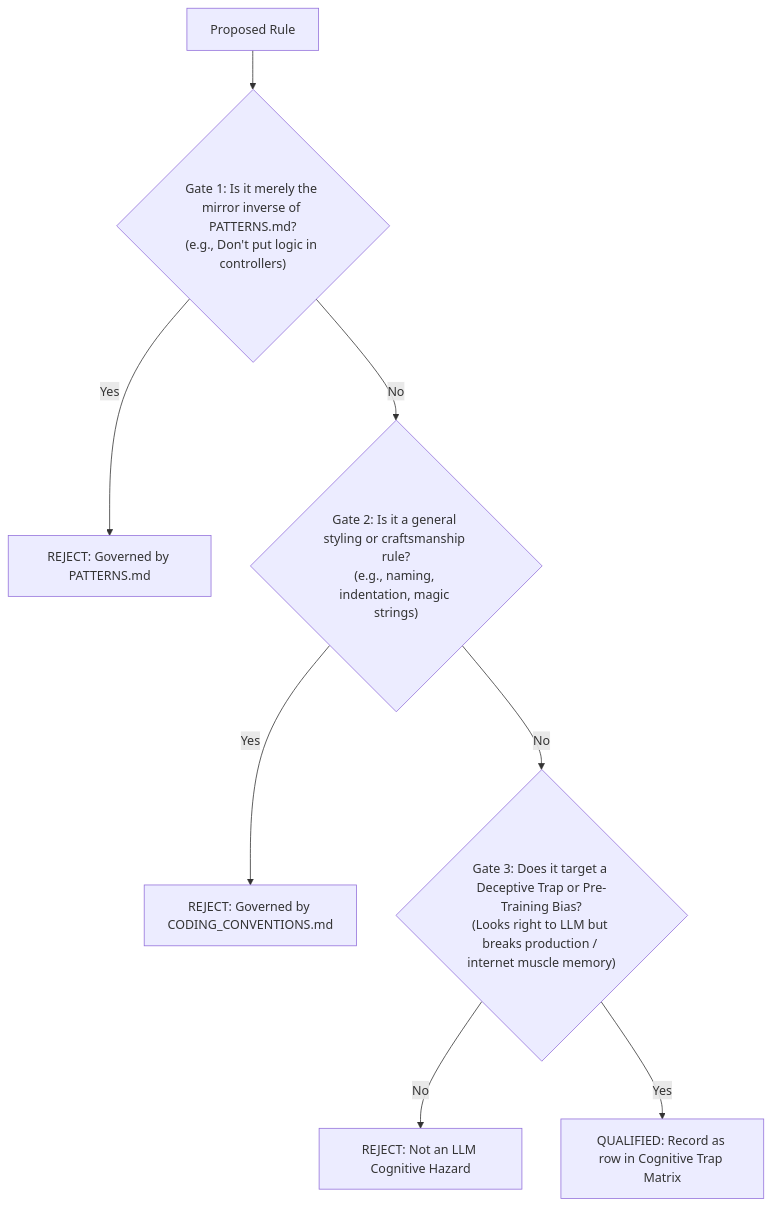
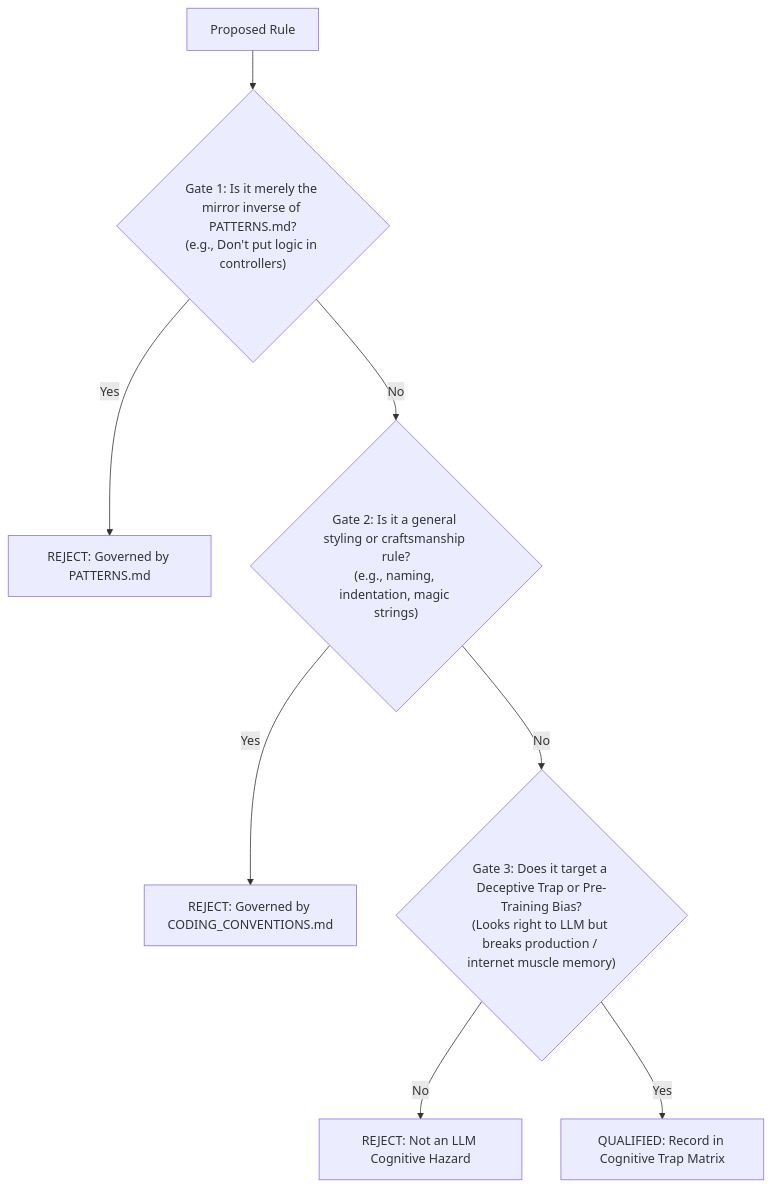
The diagram in docs/AI/ANTI-PATTERNS.md (suang05/doc_template), drawn with Mermaid before and after one commit. The commit also changed other lines of this file, not shown here.

Commit message:
docs: add ANTI-PATTERNS.md document for cognitive firewall and pre-training bias interception

````diff
--- a/docs/AI/ANTI-PATTERNS.md
+++ b/docs/AI/ANTI-PATTERNS.md
@@ -18,10 +18,10 @@
 ```mermaid
 graph TD
     A["Proposed Rule"] --> B{"Gate 1: Is it merely the mirror inverse of PATTERNS.md?<br/>(e.g., Don't put logic in controllers)"}
     B -- "Yes" --> C["REJECT: Governed by PATTERNS.md"]
     B -- "No" --> D{"Gate 2: Is it a general styling or craftsmanship rule?<br/>(e.g., naming, indentation, magic strings)"}
     D -- "Yes" --> E["REJECT: Governed by CODING_CONVENTIONS.md"]
     D -- "No" --> F{"Gate 3: Does it target a Deceptive Trap or Pre-Training Bias?<br/>(Looks right to LLM but breaks production / internet muscle memory)"}
     F -- "No" --> G["REJECT: Not an LLM Cognitive Hazard"]
-    F -- "Yes" --> H["QUALIFIED: Record as row in Cognitive Trap Matrix"]
+    F -- "Yes" --> H["QUALIFIED: Record in Cognitive Trap Matrix"]
 ```
````
